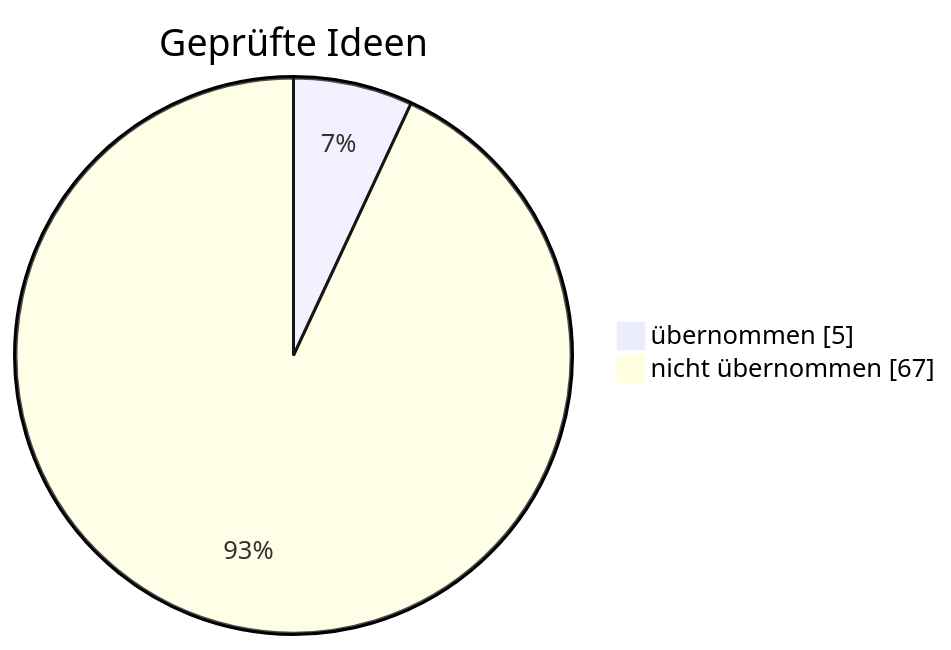
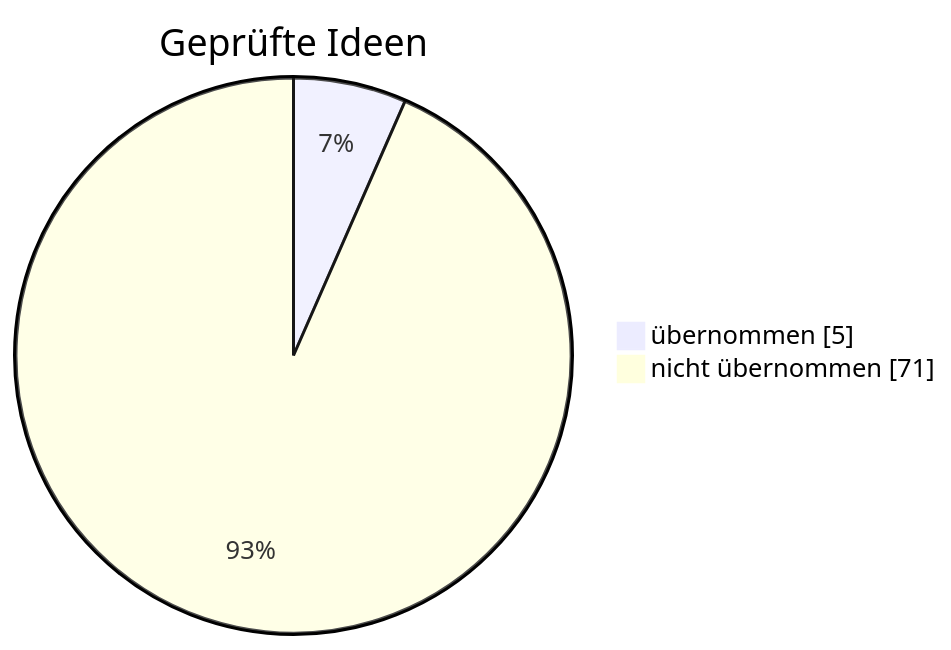
Before and after one commit to sickingmalte-arch/Test-Bot: the diagram in gehirn/Notizen/Was der Bot schon weiß.md, drawn with Mermaid. The commit also changed other lines of this file and 3 other files, not shown here.

First line of the commit message:
Gehirn: Shorts neu getestet – nicht übernommen

````diff
--- a/gehirn/Notizen/Was der Bot schon weiß.md
+++ b/gehirn/Notizen/Was der Bot schon weiß.md
@@ -22,6 +22,6 @@
 ```mermaid
 pie showData
     title Geprüfte Ideen
     "übernommen" : 5
-    "nicht übernommen" : 67
+    "nicht übernommen" : 71
 ```
````
